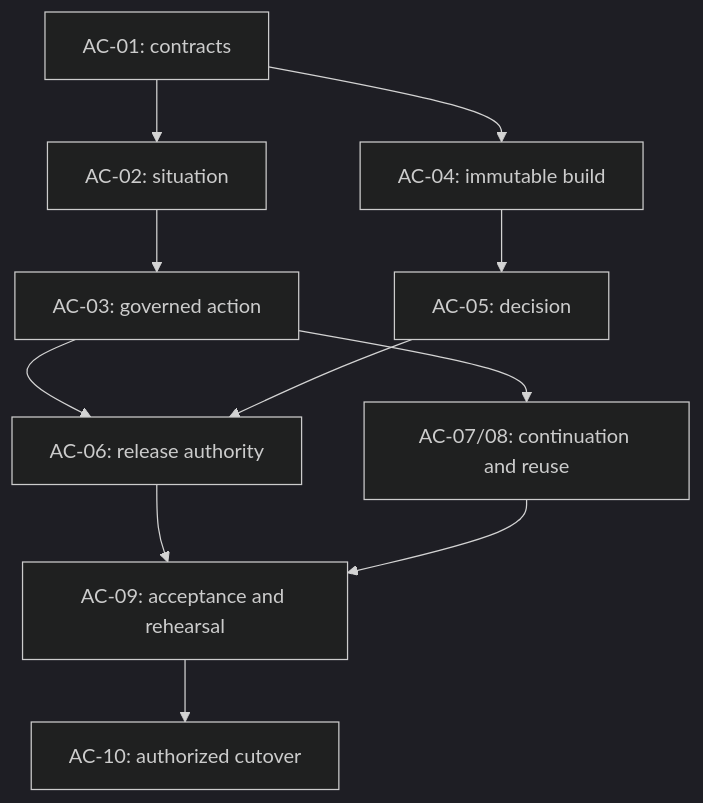
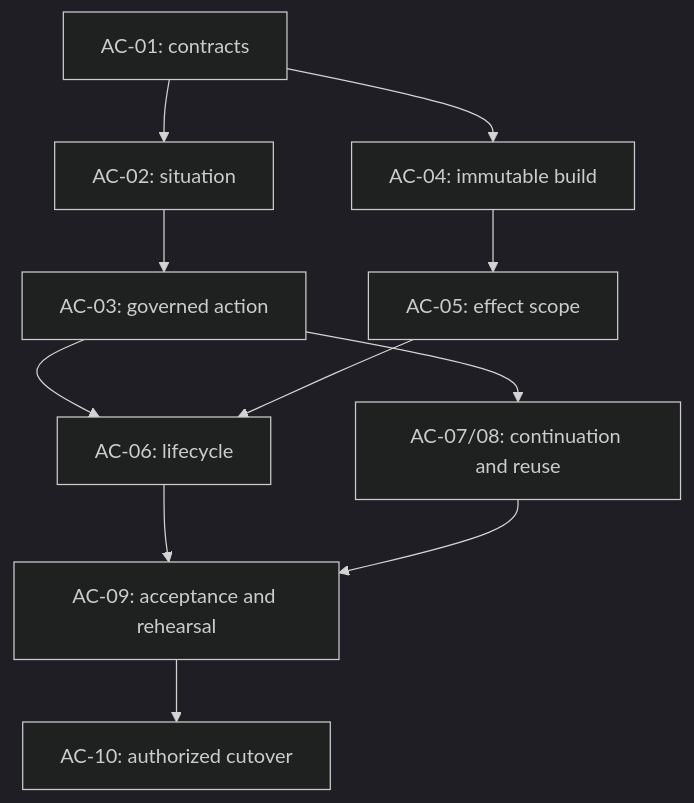
The diagram in docs/AGENT-CONTROL-PLAN.md (hzminhzz/quant-lab), drawn with Mermaid (dark theme) before and after one commit. The commit also changed other lines of this file and 23 other files, not shown here.

````diff
--- a/docs/AGENT-CONTROL-PLAN.md
+++ b/docs/AGENT-CONTROL-PLAN.md
@@ -127,13 +87,13 @@
 ```mermaid
 flowchart TD
   A["AC-01: contracts"] --> B["AC-02: situation"]
   B --> C["AC-03: governed action"]
   A --> D["AC-04: immutable build"]
-  D --> E["AC-05: decision"]
-  C --> F["AC-06: release authority"]
+  D --> E["AC-05: effect scope"]
+  C --> F["AC-06: lifecycle"]
   E --> F
   C --> G["AC-07/08: continuation and reuse"]
   F --> H["AC-09: acceptance and rehearsal"]
   G --> H
   H --> I["AC-10: authorized cutover"]
 ```
````
